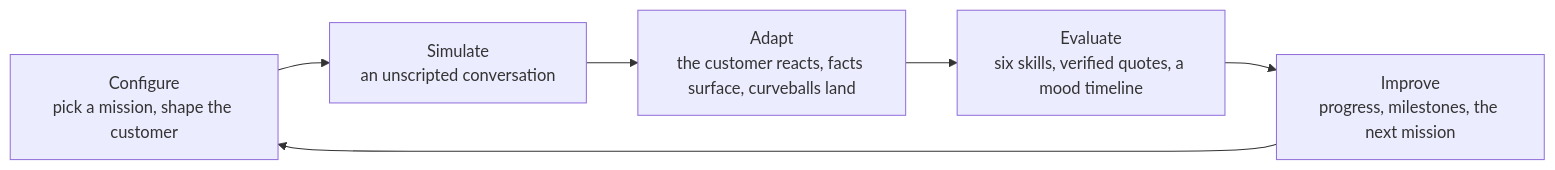
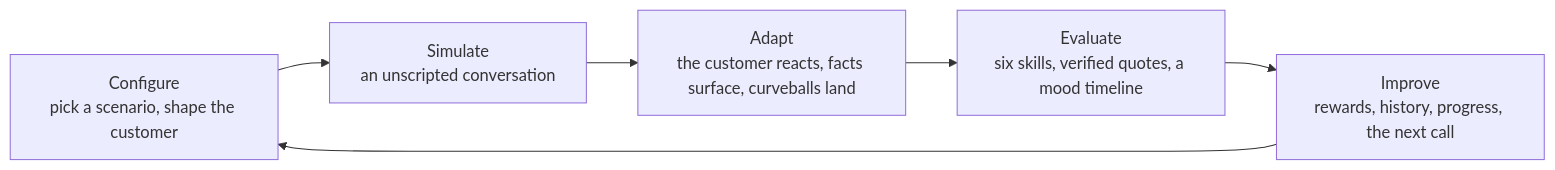
Before and after one commit to snowjug/Firefly: the first of 5 diagrams in README.md, drawn with Mermaid. The commit also changed other lines of this file and 20 other files, not shown here.

````diff
--- a/README.md
+++ b/README.md
@@ -141,8 +144,8 @@
 ```mermaid
 flowchart LR
-  A["Configure<br/>pick a mission, shape the customer"] --> B["Simulate<br/>an unscripted conversation"]
+  A["Configure<br/>pick a scenario, shape the customer"] --> B["Simulate<br/>an unscripted conversation"]
   B --> C["Adapt<br/>the customer reacts, facts surface, curveballs land"]
   C --> D["Evaluate<br/>six skills, verified quotes, a mood timeline"]
-  D --> E["Improve<br/>progress, milestones, the next mission"]
+  D --> E["Improve<br/>rewards, history, progress, the next call"]
   E --> A
 ```
````
